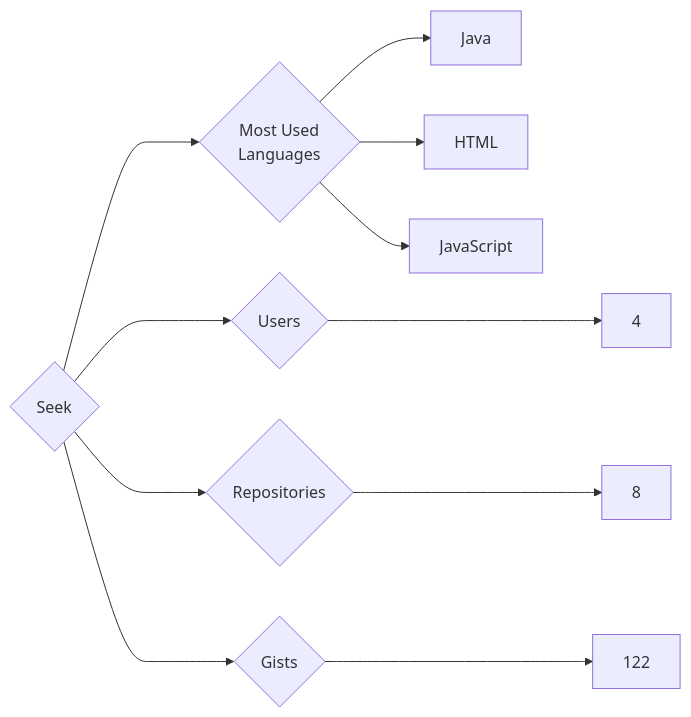
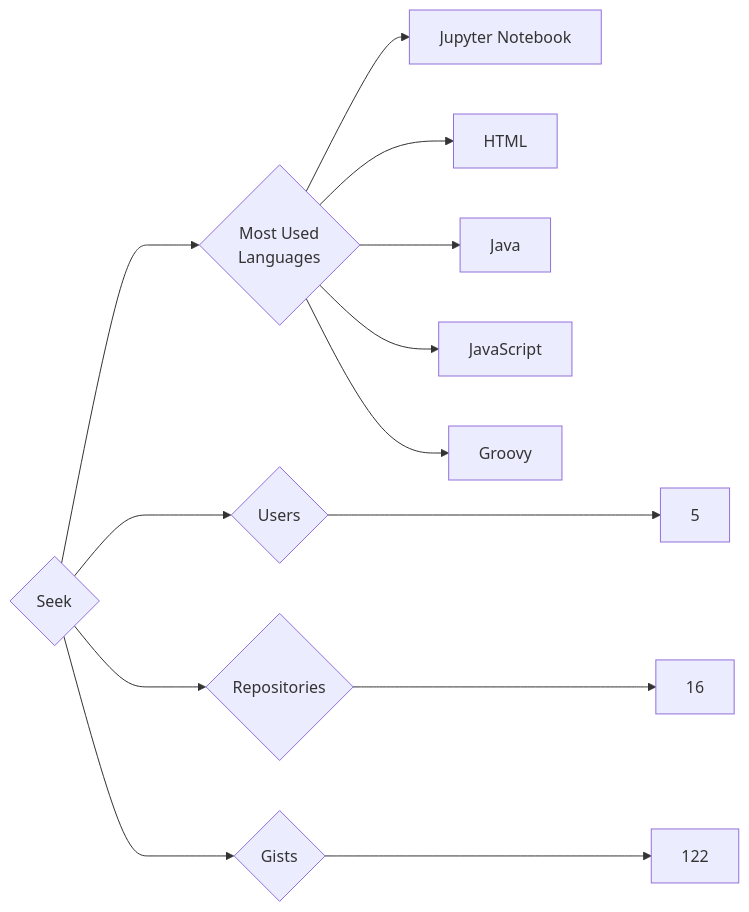
The diagram in targets/Seek/README.md (trickest/insiders), drawn with Mermaid before and after one commit. The commit also changed 898 other files, not shown here.

````diff
--- a/targets/Seek/README.md
+++ b/targets/Seek/README.md
@@ -3,11 +3,13 @@
 ```mermaid
 graph LR
 COMPANY_NAME{Seek}
-COMPANY_NAME ---> U{Users} ---> UN[4]
-COMPANY_NAME ---> R{Repositories} ---> RN[8]
+COMPANY_NAME ---> U{Users} ---> UN[5]
+COMPANY_NAME ---> R{Repositories} ---> RN[16]
 COMPANY_NAME ---> G{Gists} ---> GN[122]
 COMPANY_NAME ---> ML{Most Used<br>Languages}
+ML --> Jupyter_Notebook[Jupyter Notebook]
+ML --> HTML[HTML]
 ML --> Java[Java]
-ML --> HTML[HTML]
 ML --> JavaScript[JavaScript]
+ML --> Groovy[Groovy]
 ```
````
